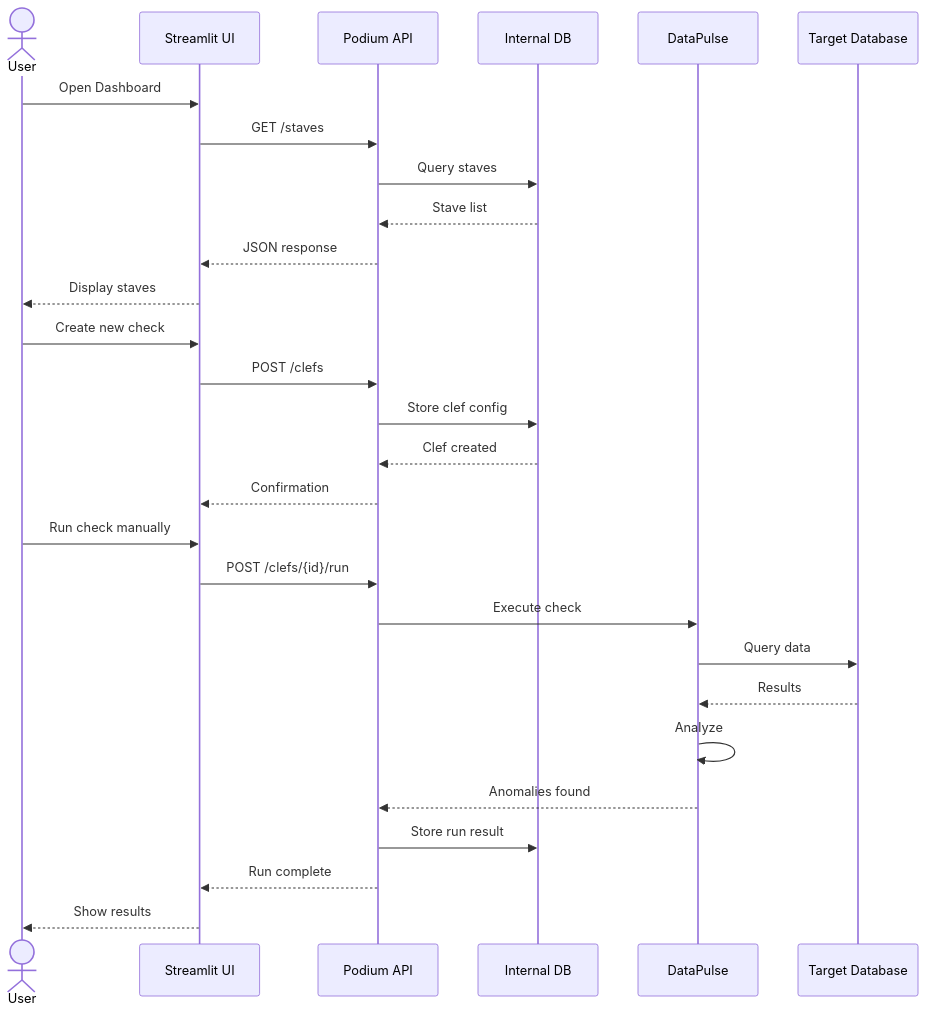
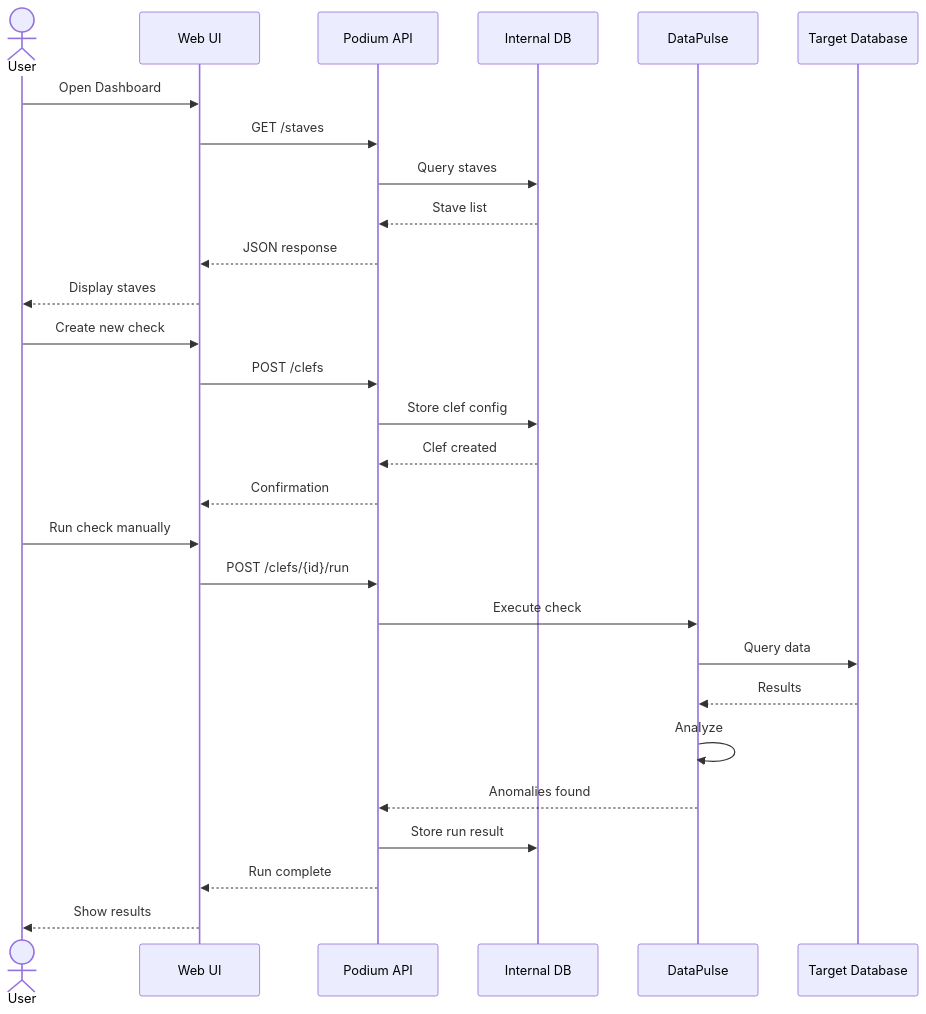
One commit to TheDataMaestros/datametronome changed the fifth of 9 diagrams in docs/architecture.md. Above: the diagram before and after it, drawn with Mermaid. The commit also changed other lines of this file and 57 other files, not shown here.

````diff
--- a/docs/architecture.md
+++ b/docs/architecture.md
@@ -262,33 +262,33 @@
 ```mermaid
 sequenceDiagram
     actor User
-    participant UI as Streamlit UI
+    participant UI as Web UI
     participant API as Podium API
     participant DB as Internal DB
     participant Pulse as DataPulse
     participant Target as Target Database
     
     User->>UI: Open Dashboard
     UI->>API: GET /staves
     API->>DB: Query staves
     DB-->>API: Stave list
     API-->>UI: JSON response
     UI-->>User: Display staves
     
     User->>UI: Create new check
     UI->>API: POST /clefs
     API->>DB: Store clef config
     DB-->>API: Clef created
     API-->>UI: Confirmation
     
     User->>UI: Run check manually
     UI->>API: POST /clefs/{id}/run
     API->>Pulse: Execute check
     Pulse->>Target: Query data
     Target-->>Pulse: Results
     Pulse->>Pulse: Analyze
     Pulse-->>API: Anomalies found
     API->>DB: Store run result
     API-->>UI: Run complete
     UI-->>User: Show results
 ```
````
